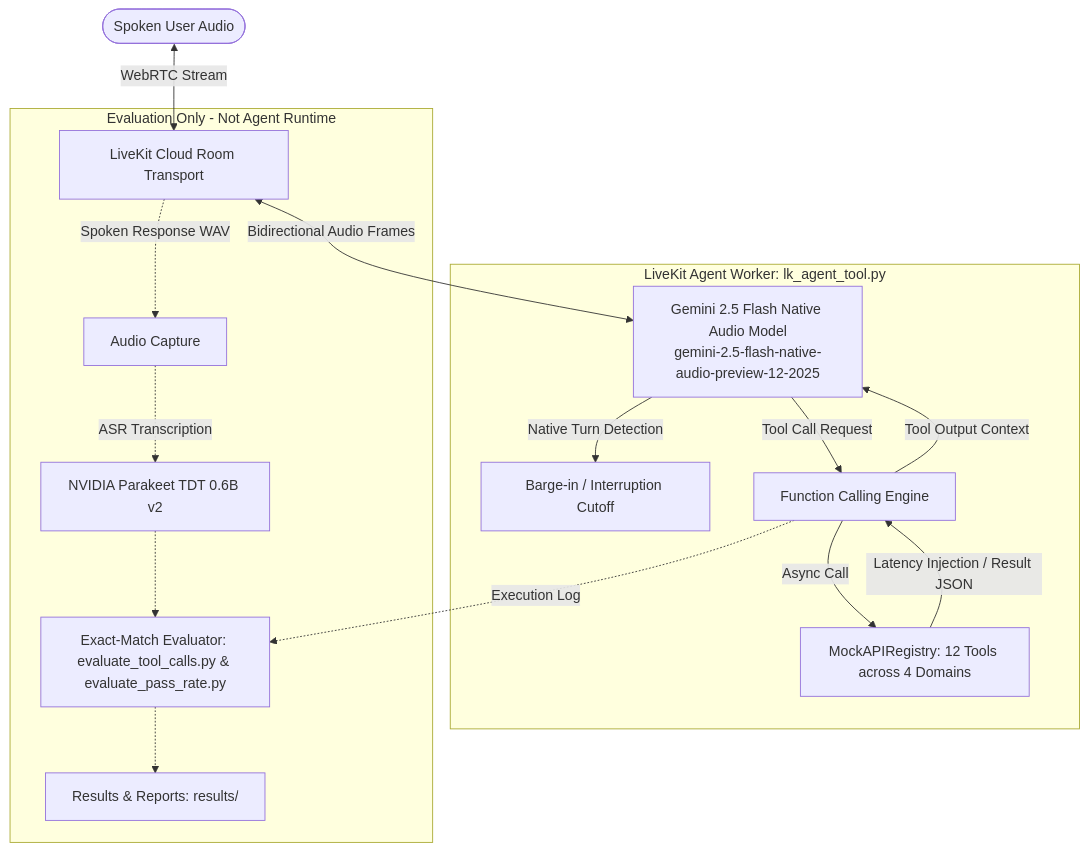
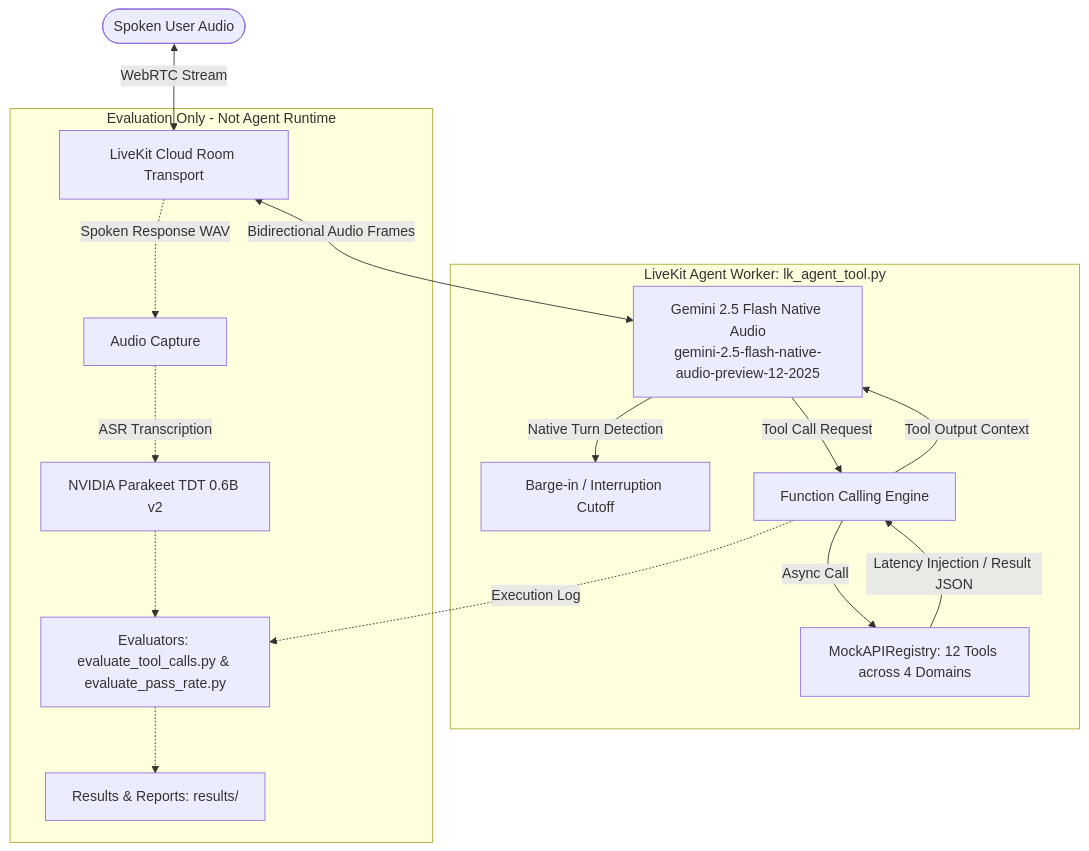
One commit to AnanthAkshay/Samsung_Gen_AI changed the diagram in README.md. Above: the diagram before and after it, drawn with Mermaid. The commit also changed other lines of this file, not shown here.

````diff
--- a/README.md
+++ b/README.md
@@ -76,21 +70,21 @@
 ```mermaid
 flowchart TD
     User([Spoken User Audio]) <-->|WebRTC Stream| LK[LiveKit Cloud Room Transport]
-    LK <-->|Bidirectional Audio Frames| GM[Gemini 2.5 Flash Native Audio Model\ngemini-2.5-flash-native-audio-preview-12-2025]
-    
+    LK <-->|Bidirectional Audio Frames| GM[Gemini 2.5 Flash Native Audio<br/>gemini-2.5-flash-native-audio-preview-12-2025]
+
     subgraph Agent Runtime [LiveKit Agent Worker: lk_agent_tool.py]
         GM -->|Native Turn Detection| TD[Barge-in / Interruption Cutoff]
         GM -->|Tool Call Request| TC[Function Calling Engine]
         TC -->|Async Call| MOCK[MockAPIRegistry: 12 Tools across 4 Domains]
         MOCK -->|Latency Injection / Result JSON| TC
         TC -->|Tool Output Context| GM
     end
 
     subgraph Evaluation Pipeline [Evaluation Only - Not Agent Runtime]
         LK -.->|Spoken Response WAV| REC[Audio Capture]
         REC -.->|ASR Transcription| ASR[NVIDIA Parakeet TDT 0.6B v2]
-        ASR -.-> EVAL[Exact-Match Evaluator: evaluate_tool_calls.py & evaluate_pass_rate.py]
+        ASR -.-> EVAL[Evaluators: evaluate_tool_calls.py & evaluate_pass_rate.py]
         TC -.->|Execution Log| EVAL
         EVAL -.-> RES[Results & Reports: results/]
     end
 ```
````
